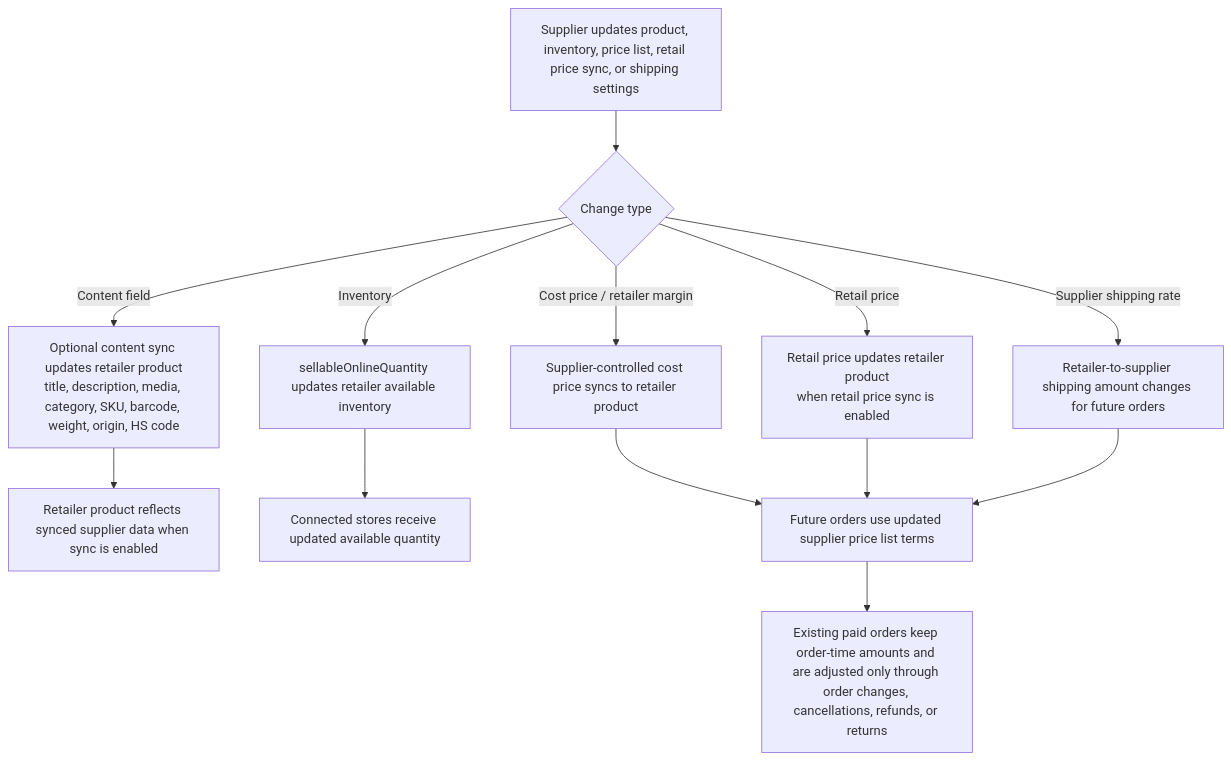
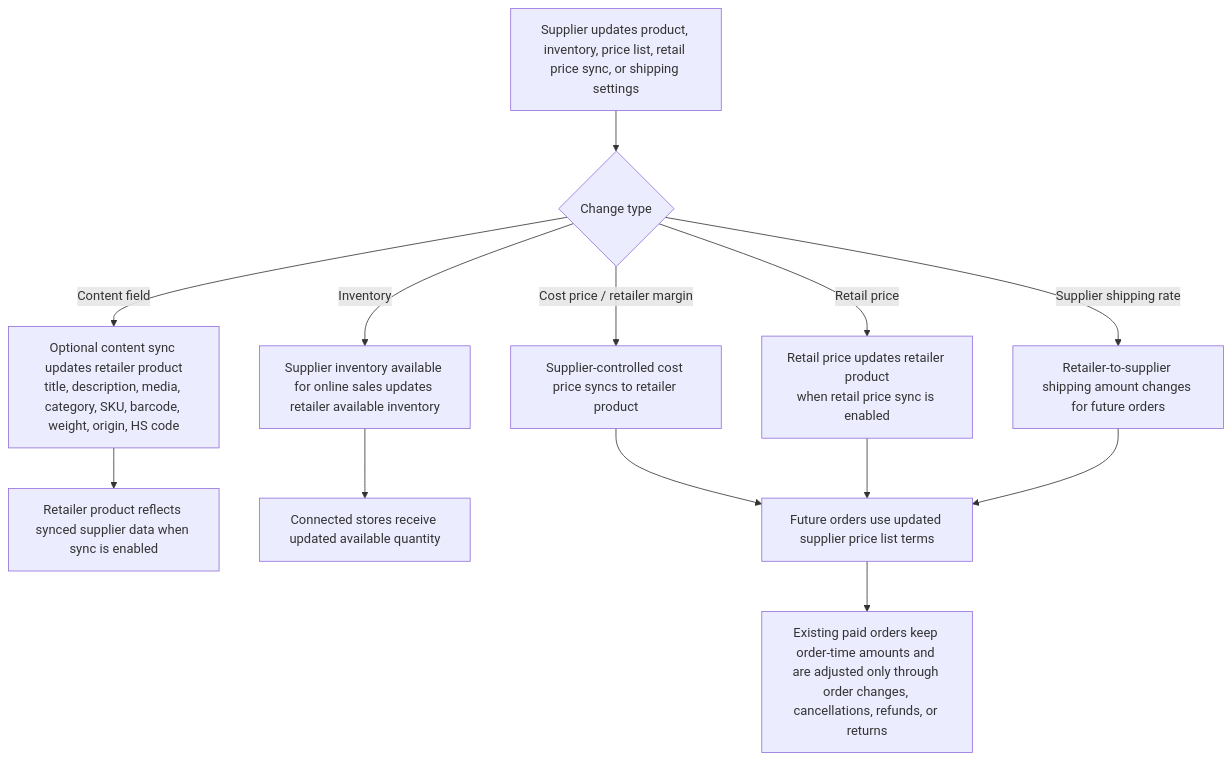
The eighth of 9 diagrams in products/shopify-collective/architecture.md (shopify-apac-ts/shopify-technical-docs), drawn with Mermaid before and after one commit. The commit also changed other lines of this file and 8 other files, not shown here.

````diff
--- a/products/shopify-collective/architecture.md
+++ b/products/shopify-collective/architecture.md
@@ -246,17 +248,17 @@
 ```mermaid
 flowchart TD
     A["Supplier updates product, inventory, price list, retail price sync, or shipping settings"] --> B{"Change type"}
 
     B -->|"Content field"| C["Optional content sync updates retailer product<br/>title, description, media, category, SKU, barcode, weight, origin, HS code"]
-    B -->|"Inventory"| D["sellableOnlineQuantity updates retailer available inventory"]
+    B -->|"Inventory"| D["Supplier inventory available for online sales updates retailer available inventory"]
     B -->|"Cost price / retailer margin"| E["Supplier-controlled cost price syncs to retailer product"]
     B -->|"Retail price"| K["Retail price updates retailer product<br/>when retail price sync is enabled"]
     B -->|"Supplier shipping rate"| F["Retailer-to-supplier shipping amount changes for future orders"]
 
     C --> G["Retailer product reflects synced supplier data when sync is enabled"]
     D --> H["Connected stores receive updated available quantity"]
     E --> I["Future orders use updated supplier price list terms"]
     K --> I
     F --> I
     I --> J["Existing paid orders keep order-time amounts and are adjusted only through order changes, cancellations, refunds, or returns"]
 ```
````
